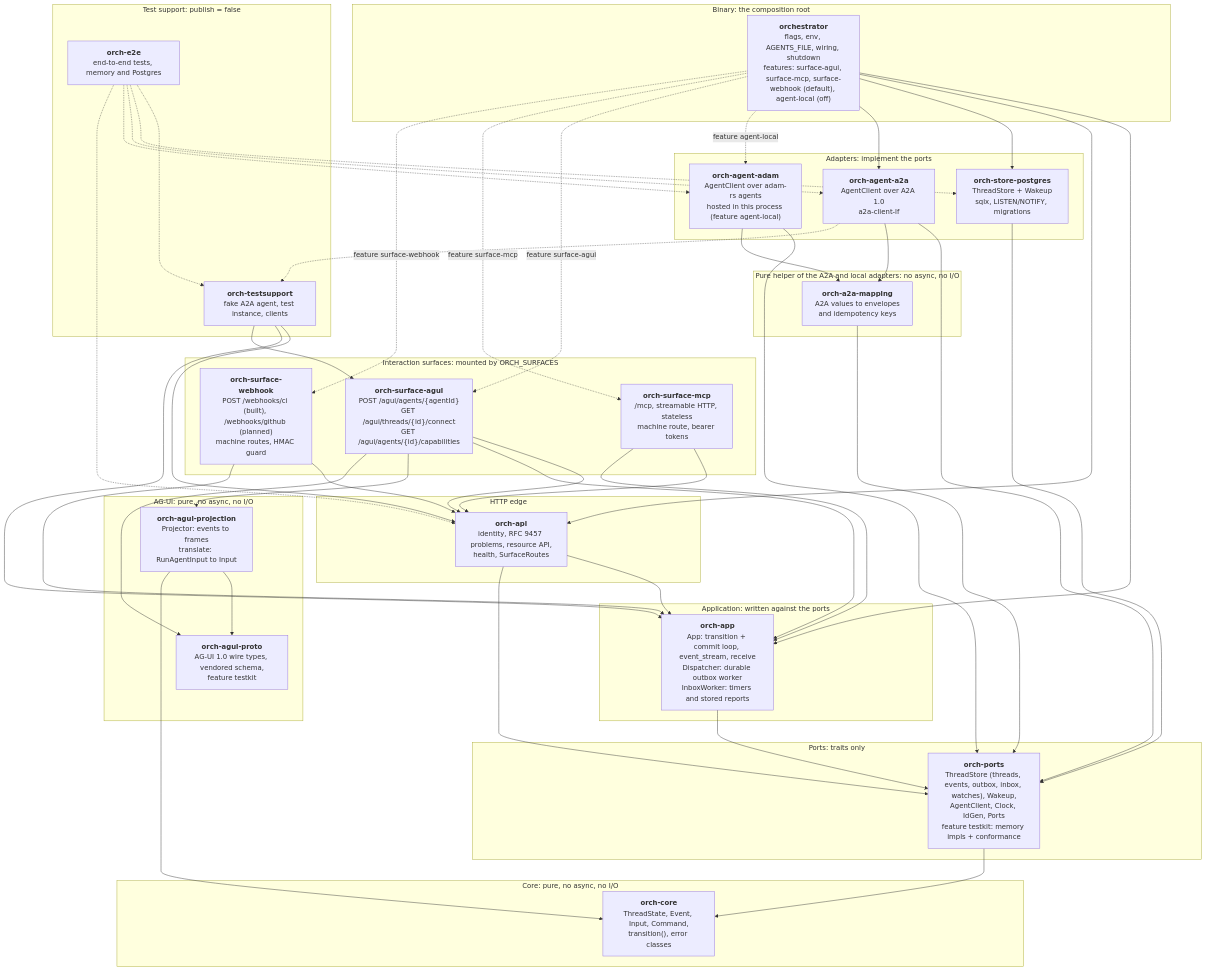
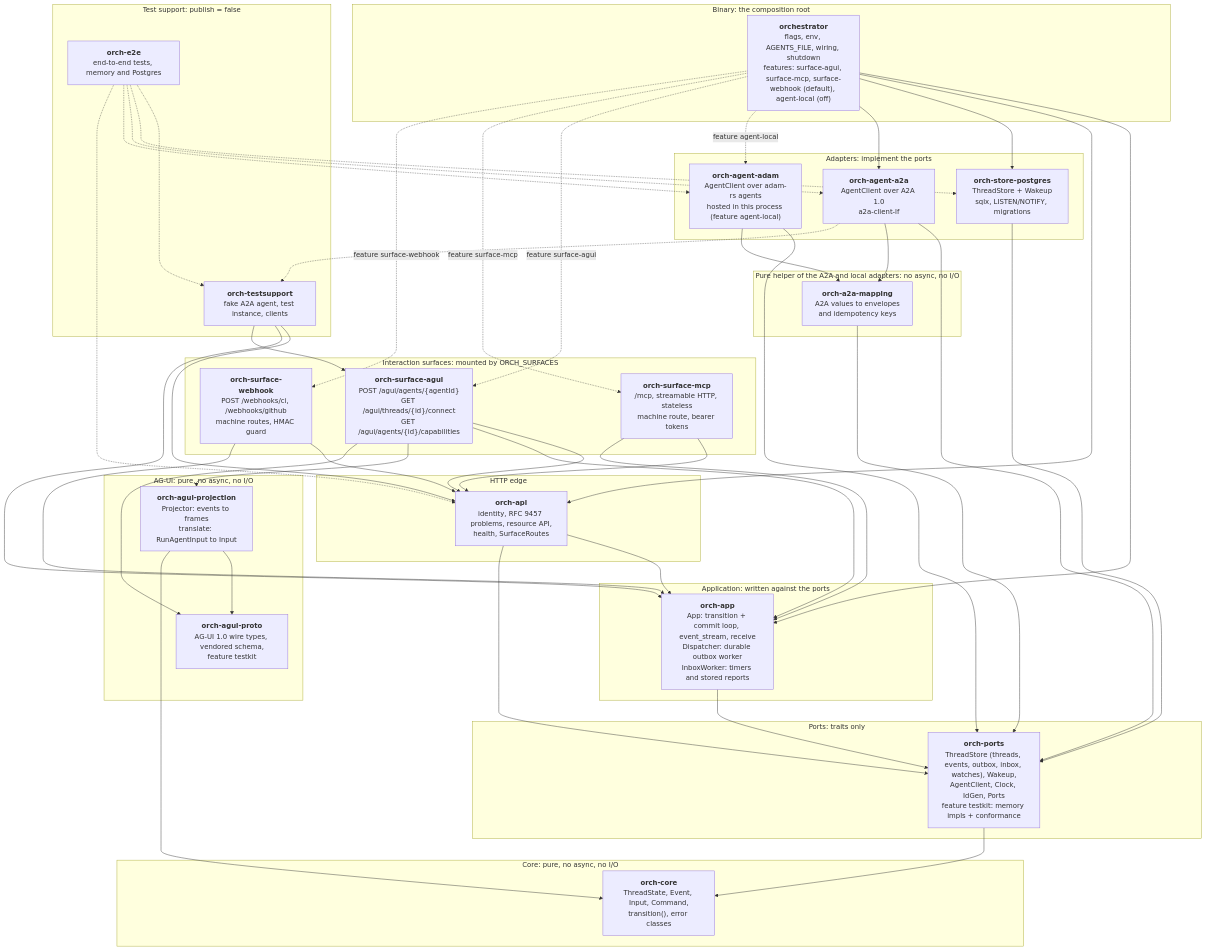
The first of 23 diagrams in docs/orchestrator.md (vymalo/another-agentic-system), drawn with Mermaid before and after one commit. The commit also changed other lines of this file and 47 other files, not shown here.

````diff
--- a/docs/orchestrator.md
+++ b/docs/orchestrator.md
@@ -77,79 +77,79 @@
 ```mermaid
 flowchart TB
   subgraph G_CORE["Core: pure, no async, no I/O"]
     core["<b>orch-core</b><br/>ThreadState, Event, Input, Command,<br/>transition(), error classes"]
   end
   subgraph G_PORTS["Ports: traits only"]
     ports["<b>orch-ports</b><br/>ThreadStore (threads, events, outbox, inbox, watches), Wakeup,<br/>AgentClient, Clock, IdGen, Ports<br/>feature testkit: memory impls + conformance"]
   end
   subgraph G_ADAPT["Adapters: implement the ports"]
     pg["<b>orch-store-postgres</b><br/>ThreadStore + Wakeup<br/>sqlx, LISTEN/NOTIFY, migrations"]
     a2a["<b>orch-agent-a2a</b><br/>AgentClient over A2A 1.0<br/>a2a-client-lf"]
     adam["<b>orch-agent-adam</b><br/>AgentClient over adam-rs agents<br/>hosted in this process (feature agent-local)"]
   end
   subgraph G_MAP["Pure helper of the A2A and local adapters: no async, no I/O"]
     a2amap["<b>orch-a2a-mapping</b><br/>A2A values to envelopes<br/>and idempotency keys"]
   end
   subgraph G_APP["Application: written against the ports"]
     app["<b>orch-app</b><br/>App: transition + commit loop, event_stream, receive<br/>Dispatcher: durable outbox worker<br/>InboxWorker: timers and stored reports"]
   end
   subgraph G_EDGE["HTTP edge"]
     api["<b>orch-api</b><br/>identity, RFC 9457 problems, resource API,<br/>health, SurfaceRoutes"]
   end
   subgraph G_SURF["Interaction surfaces: mounted by ORCH_SURFACES"]
     surfagui["<b>orch-surface-agui</b><br/>POST /agui/agents/{agentId}<br/>GET /agui/threads/{id}/connect<br/>GET /agui/agents/{id}/capabilities"]
-    surfwh["<b>orch-surface-webhook</b><br/>POST /webhooks/ci (built), /webhooks/github (planned)<br/>machine routes, HMAC guard"]
+    surfwh["<b>orch-surface-webhook</b><br/>POST /webhooks/ci, /webhooks/github<br/>machine routes, HMAC guard"]
     surfmcp["<b>orch-surface-mcp</b><br/>/mcp, streamable HTTP, stateless<br/>machine route, bearer tokens"]
   end
   subgraph G_AGUI["AG-UI: pure, no async, no I/O"]
     proto["<b>orch-agui-proto</b><br/>AG-UI 1.0 wire types, vendored schema,<br/>feature testkit"]
     proj["<b>orch-agui-projection</b><br/>Projector: events to frames<br/>translate: RunAgentInput to Input"]
   end
   subgraph G_BIN["Binary: the composition root"]
     bin["<b>orchestrator</b><br/>flags, env, AGENTS_FILE, wiring, shutdown<br/>features: surface-agui, surface-mcp, surface-webhook (default), agent-local (off)"]
   end
   subgraph G_TEST["Test support: publish = false"]
     ts["<b>orch-testsupport</b><br/>fake A2A agent, test instance, clients"]
     e2e["<b>orch-e2e</b><br/>end-to-end tests, memory and Postgres"]
   end
 
   ports --> core
   pg --> ports
   a2a --> ports
   a2a --> a2amap
   adam --> ports
   adam --> a2amap
   a2amap --> ports
   app --> ports
   api --> app
   api --> ports
   proj --> proto
   proj --> core
   bin --> app
   bin --> api
   bin --> pg
   bin --> a2a
   bin -. "feature agent-local" .-> adam
   bin -. "feature surface-agui" .-> surfagui
   bin -. "feature surface-mcp" .-> surfmcp
   surfagui --> api
   surfagui --> app
   surfagui --> proj
   surfagui --> proto
   surfwh --> api
   surfwh --> app
   surfmcp --> api
   surfmcp --> app
   bin -. "feature surface-webhook" .-> surfwh
   ts --> api
   ts --> app
   ts --> surfagui
   e2e -.-> ts
   e2e -.-> pg
   e2e -.-> a2a
   e2e -.-> adam
   e2e -.-> api
   a2a -.-> ts
 
   classDef planned stroke-dasharray: 5 5,fill:none
 ```
````
